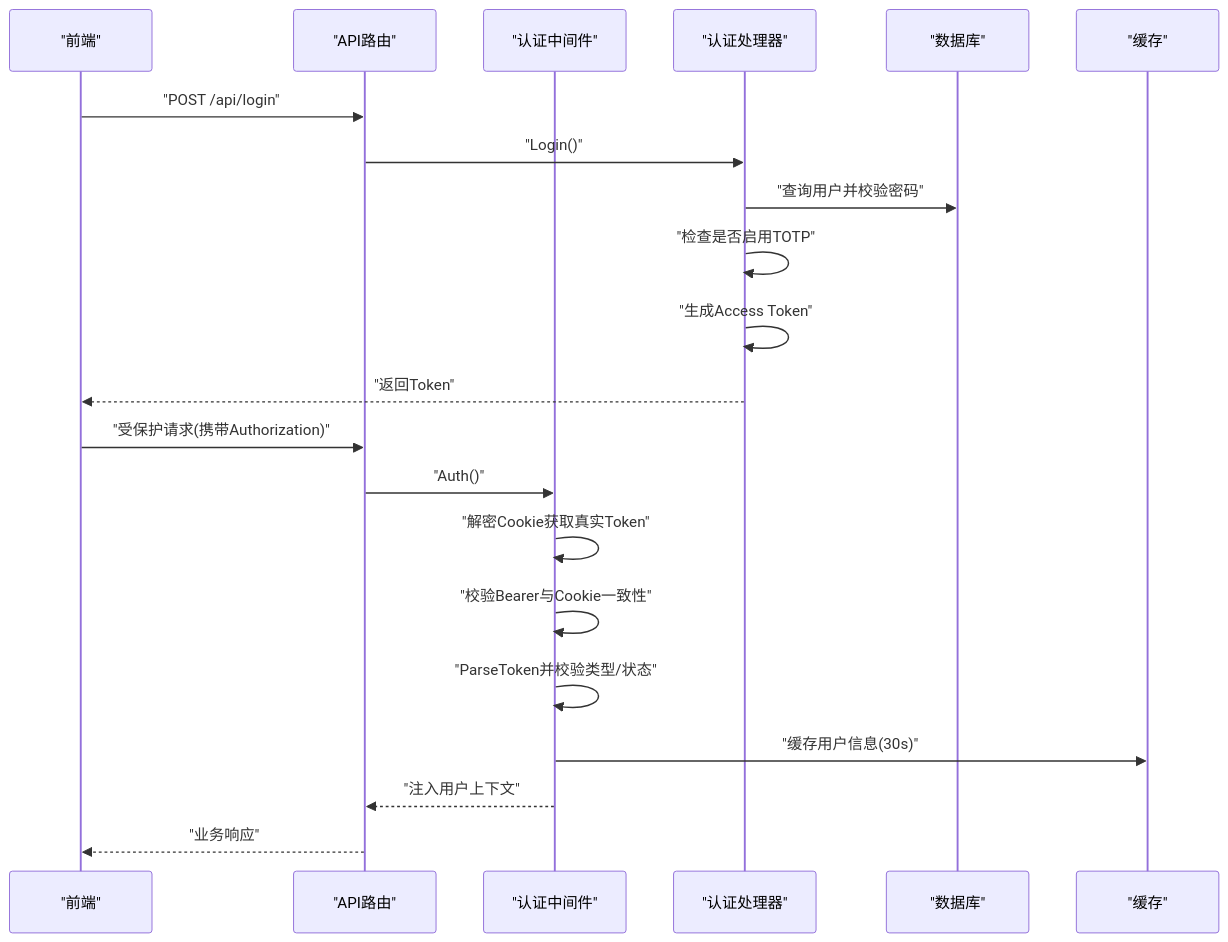
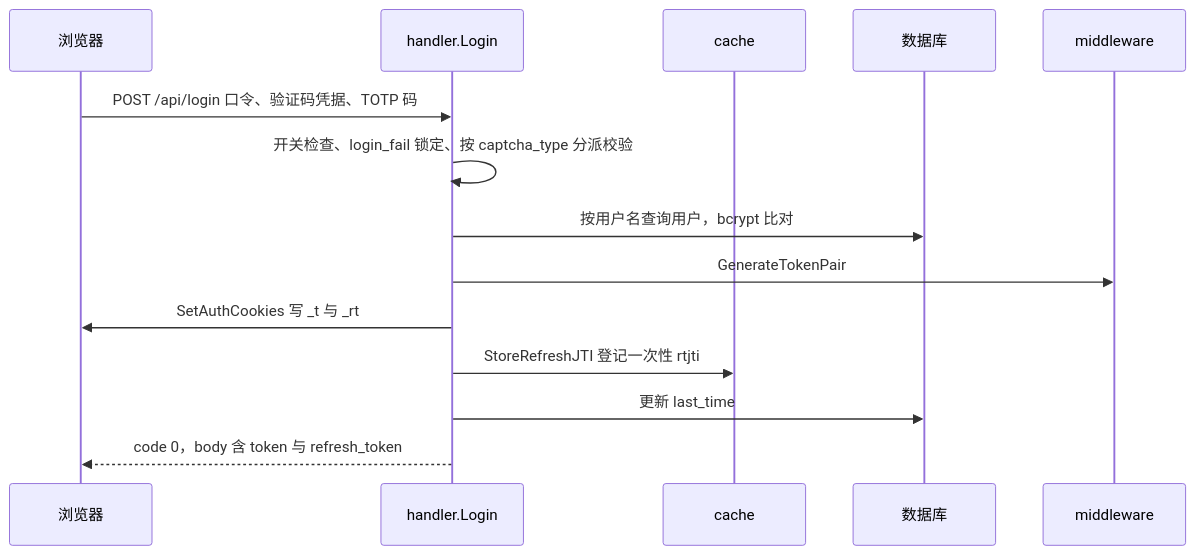
One commit to x01n/dnsplane changed the second of 12 diagrams in docs/用户权限系统/认证机制.md. Above: the diagram before and after it, drawn with Mermaid. The commit also changed other lines of this file and 326 other files, not shown here.

````diff
--- a/docs/用户权限系统/认证机制.md
+++ b/docs/用户权限系统/认证机制.md
@@ -122,23 +192,16 @@
 ```mermaid
 sequenceDiagram
-participant FE as "前端"
-participant API as "API路由"
-participant MW as "认证中间件"
-participant H as "认证处理器"
-participant DB as "数据库"
-participant Cache as "缓存"
-FE->>API : "POST /api/login"
-API->>H : "Login()"
-H->>DB : "查询用户并校验密码"
-H->>H : "检查是否启用TOTP"
-H->>H : "生成Access Token"
-H-->>FE : "返回Token"
-FE->>API : "受保护请求(携带Authorization)"
-API->>MW : "Auth()"
-MW->>MW : "解密Cookie获取真实Token"
-MW->>MW : "校验Bearer与Cookie一致性"
-MW->>MW : "ParseToken并校验类型/状态"
-MW->>Cache : "缓存用户信息(30s)"
-MW-->>API : "注入用户上下文"
-API-->>FE : "业务响应"
+    participant U as 浏览器
+    participant H as handler.Login
+    participant C as cache
+    participant D as 数据库
+    participant M as middleware
+    U->>H : POST /api/login 口令、验证码凭据、TOTP 码
+    H->>H : 开关检查、login_fail 锁定、按 captcha_type 分派校验
+    H->>D : 按用户名查询用户，bcrypt 比对
+    H->>M : GenerateTokenPair
+    H->>U : SetAuthCookies 写 _t 与 _rt
+    H->>C : StoreRefreshJTI 登记一次性 rtjti
+    H->>D : 更新 last_time
+    H-->>U : code 0，body 含 token 与 refresh_token
 ```
````
